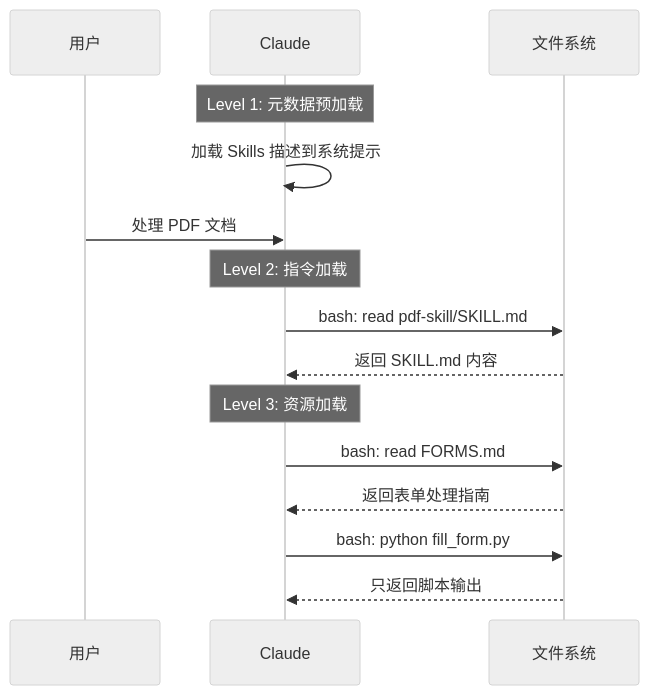
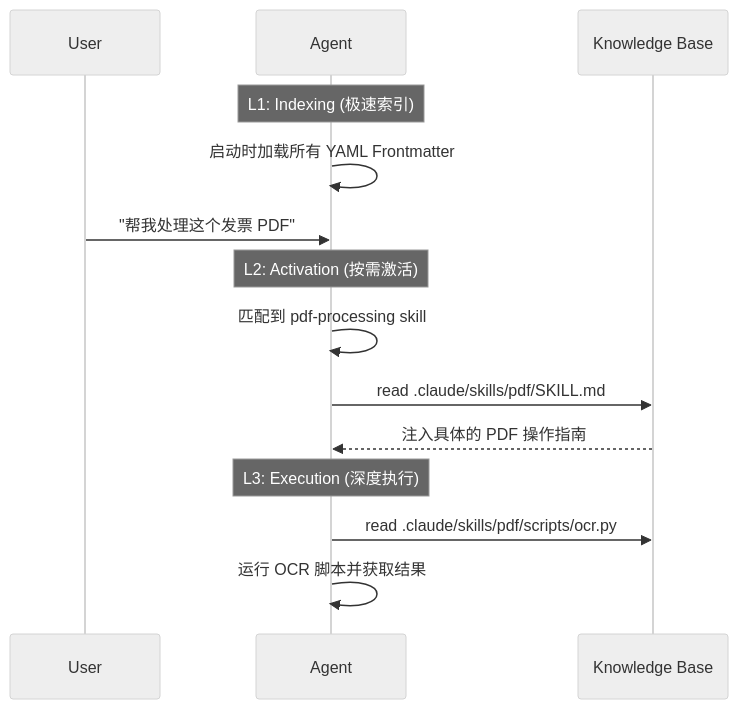
Before and after one commit to ThreeFish-AI/agentic-ai-cognizes: diagram 12 of 14 in docs/research/020-agent-frameworks.md, drawn with Mermaid (neutral theme). The commit also changed other lines of this file, not shown here.

First line of the commit message:
docs(Agent Frameworks): 深度重构 Agent Skills 章节的认知表达

````diff
--- a/docs/research/020-agent-frameworks.md
+++ b/docs/research/020-agent-frameworks.md
@@ -1021,21 +1023,20 @@
 ```mermaid
 sequenceDiagram
-    participant U as 用户
-    participant C as Claude
-    participant FS as 文件系统
+    participant U as User
+    participant A as Agent
+    participant K as Knowledge Base
 
-    Note over C: Level 1: 元数据预加载
-    C->>C: 加载 Skills 描述到系统提示
+    Note over A: L1: Indexing (极速索引)
+    A->>A: 启动时加载所有 YAML Frontmatter
 
-    U->>C: 处理 PDF 文档
+    U->>A: "帮我处理这个发票 PDF"
 
-    Note over C: Level 2: 指令加载
-    C->>FS: bash: read pdf-skill/SKILL.md
-    FS-->>C: 返回 SKILL.md 内容
+    Note over A: L2: Activation (按需激活)
+    A->>A: 匹配到 pdf-processing skill
+    A->>K: read .claude/skills/pdf/SKILL.md
+    K-->>A: 注入具体的 PDF 操作指南
 
-    Note over C: Level 3: 资源加载
-    C->>FS: bash: read FORMS.md
-    FS-->>C: 返回表单处理指南
-    C->>FS: bash: python fill_form.py
-    FS-->>C: 只返回脚本输出
+    Note over A: L3: Execution (深度执行)
+    A->>K: read .claude/skills/pdf/scripts/ocr.py
+    A->>A: 运行 OCR 脚本并获取结果
 ```
````
